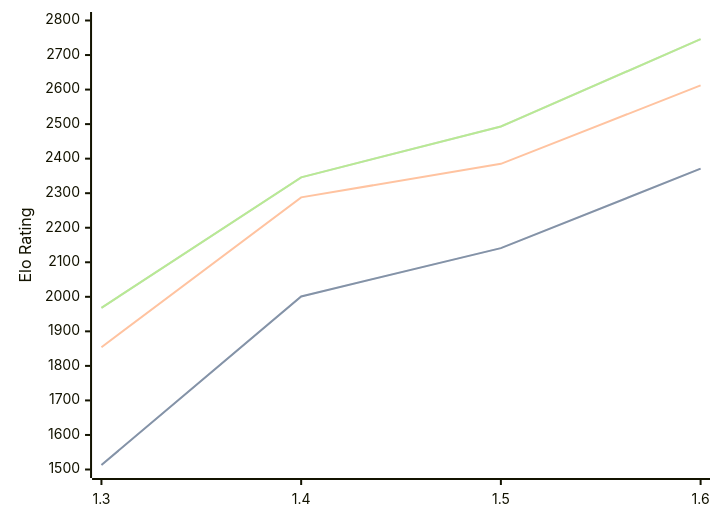
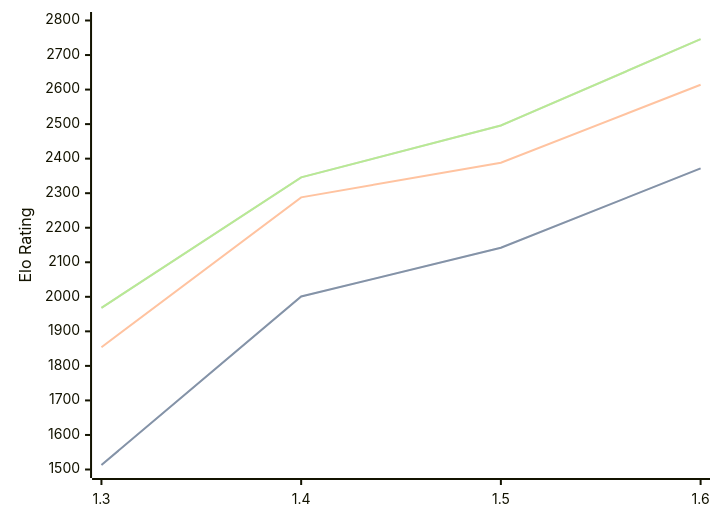
The diagram in engines/Facon.md (computer-chess-index/cci), drawn with Mermaid before and after one commit. The commit also changed other lines of this file, not shown here.

Commit message:
Update CCI Ratings (ELO VLTC) - 2026-08-23

````diff
--- a/engines/Facon.md
+++ b/engines/Facon.md
@@ -35,11 +35,11 @@
 ```mermaid
 %%{init: {"theme":"base","themeVariables":{"seriesColors:['#a3a3a3','#222221','#faa371']}}}%%
 xychart-beta
   x-axis ["1.3", "1.4", "1.5", "1.6"]
   y-axis "Elo Rating" 1500 --> 2800
-  line "STC (8.0+0.08s)" [1513, 2001, 2141, 2371]
-  line "STC (8.0+0.08s)" [1513, 2001, 2141, 2371]
-  line "LTC (60.0+0.60s)" [1854, 2288, 2385, 2612]
-  line "VLTC (2m24s+1.12s)" [1968, 2346, 2493, 2746]
-  line "VLTC (2m24s+1.12s)" [1968, 2346, 2493, 2746]
+  line "STC (8.0+0.08s)" [1513, 2001, 2142, 2372]
+  line "STC (8.0+0.08s)" [1513, 2001, 2142, 2372]
+  line "LTC (60.0+0.60s)" [1854, 2288, 2388, 2614]
+  line "VLTC (2m24s+1.12s)" [1968, 2346, 2496, 2746]
+  line "VLTC (2m24s+1.12s)" [1968, 2346, 2496, 2746]
 ```
````
